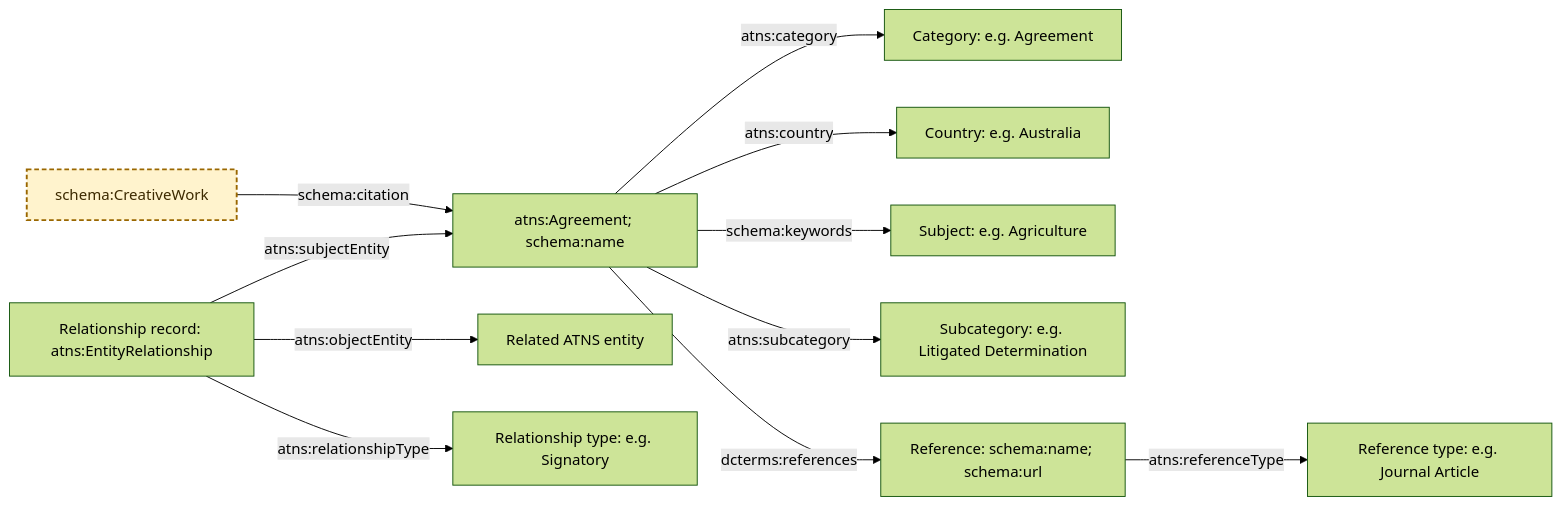
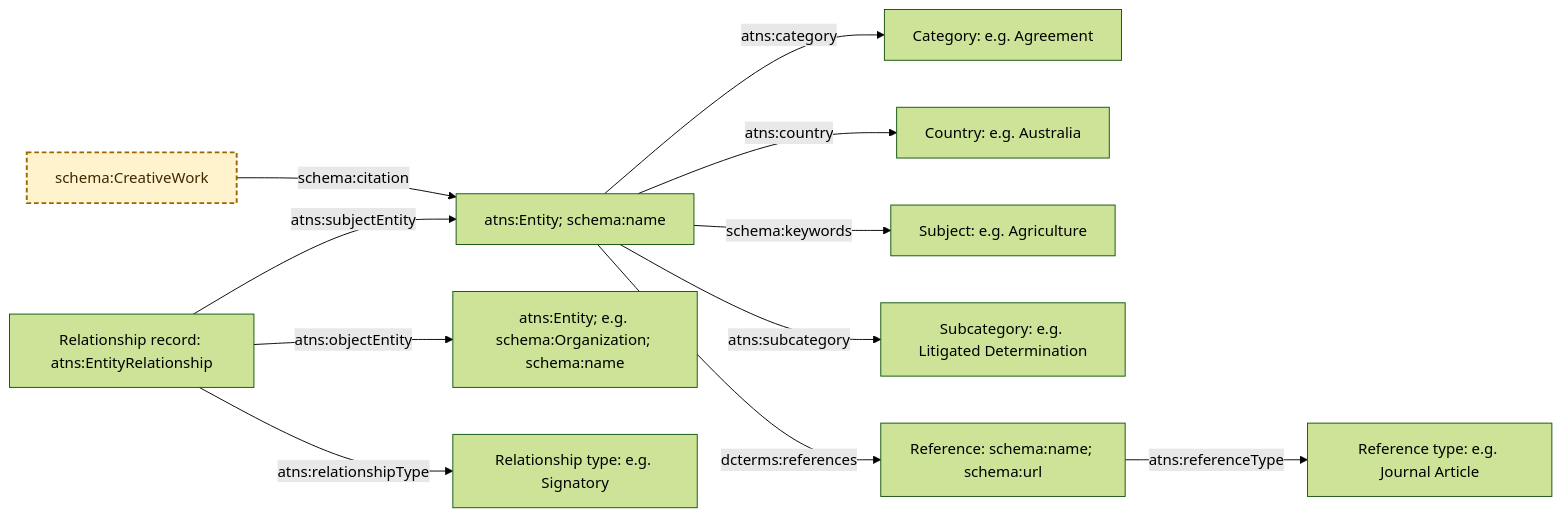
One commit to idn-au/atns-preservation changed the diagram in README.md. Above: the diagram before and after it, drawn with Mermaid (forest theme). The commit also changed other lines of this file and 32 other files, not shown here.

````diff
--- a/README.md
+++ b/README.md
@@ -14,34 +14,34 @@
 ```mermaid
 flowchart LR
     work["schema:CreativeWork"]
-    agreement["atns:Agreement; schema:name"]
+    agreement["atns:Entity; schema:name"]
 
     category["Category: e.g. Agreement"]
     country["Country: e.g. Australia"]
     subject["Subject: e.g. Agriculture"]
     subcategory["Subcategory: e.g. Litigated Determination"]
 
     reference["Reference: schema:name; schema:url"]
     referenceType["Reference type: e.g. Journal Article"]
 
     relationship["Relationship record: atns:EntityRelationship"]
-    relatedEntity["Related ATNS entity"]
+    relatedEntity["atns:Entity; e.g. schema:Organization; schema:name"]
     relationshipType["Relationship type: e.g. Signatory"]
 
     work -->|schema:citation| agreement
 
     agreement -->|atns:category| category
     agreement -->|atns:country| country
     agreement -->|schema:keywords| subject
     agreement -->|atns:subcategory| subcategory
 
     agreement -->|dcterms:references| reference
     reference -->|atns:referenceType| referenceType
 
     relationship -->|atns:subjectEntity| agreement
     relationship -->|atns:objectEntity| relatedEntity
     relationship -->|atns:relationshipType| relationshipType
 
     classDef external fill:#fff3cd,stroke:#9a6700,color:#3d2a00,stroke-width:2px,stroke-dasharray:5 3
     class work external
 ```
````
